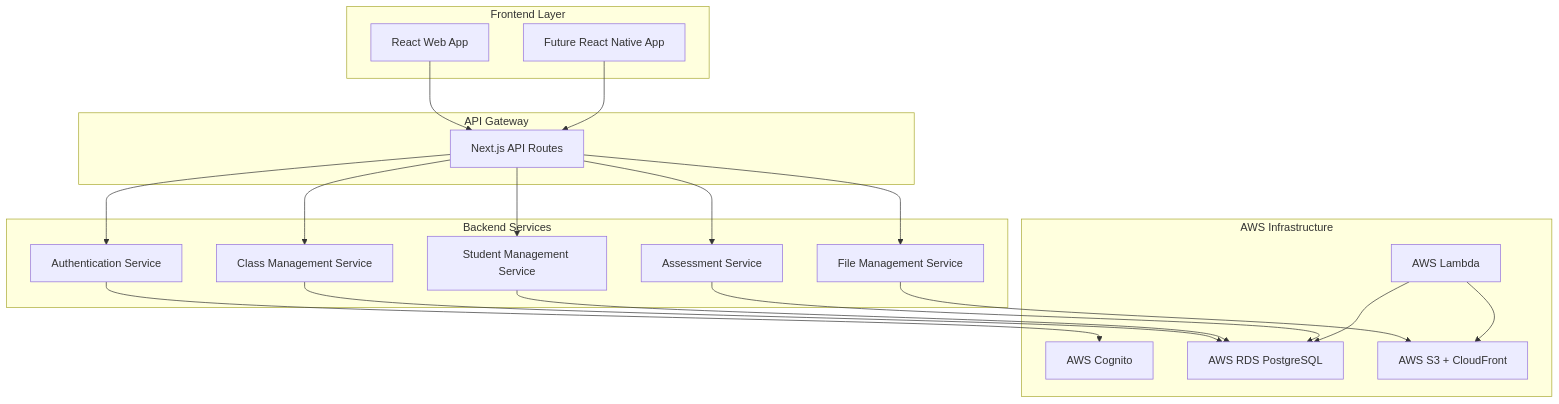
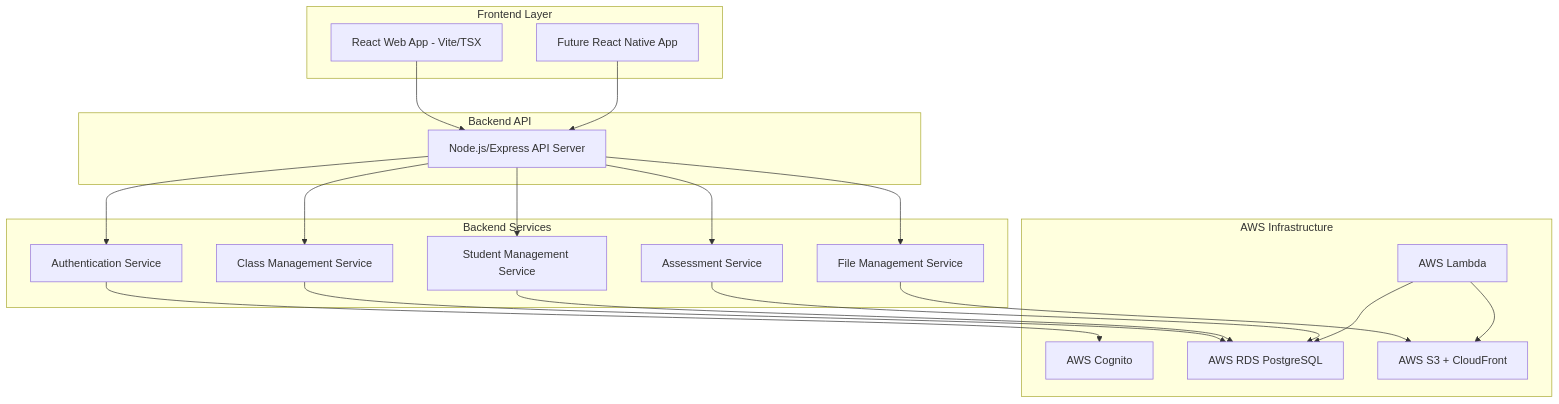
Before and after one commit to kcw00/ClassBoard: the diagram in .kiro/specs/backend-migration/design.md, drawn with Mermaid. The commit also changed other lines of this file and 10 other files, not shown here.

Commit message:
create express server

````diff
--- a/.kiro/specs/backend-migration/design.md
+++ b/.kiro/specs/backend-migration/design.md
@@ -13,43 +13,43 @@
 ```mermaid
 graph TB
     subgraph "Frontend Layer"
-        A[React Web App]
+        A[React Web App - Vite/TSX]
         B[Future React Native App]
     end
     
-    subgraph "API Gateway"
-        C[Next.js API Routes]
+    subgraph "Backend API"
+        C[Node.js/Express API Server]
     end
     
     subgraph "Backend Services"
         D[Authentication Service]
         E[Class Management Service]
         F[Student Management Service]
         G[Assessment Service]
         H[File Management Service]
     end
     
     subgraph "AWS Infrastructure"
         I[AWS Cognito]
         J[AWS RDS PostgreSQL]
         K[AWS S3 + CloudFront]
         L[AWS Lambda]
     end
     
     A --> C
     B --> C
     C --> D
     C --> E
     C --> F
     C --> G
     C --> H
     
     D --> I
     E --> J
     F --> J
     G --> J
     H --> K
     
     L --> J
     L --> K
 ```
````
